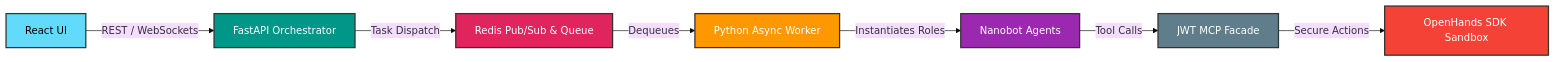
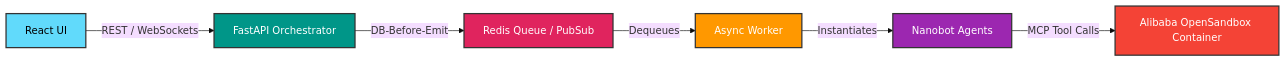
The diagram in README.md (hieuit095/zero-code), drawn with Mermaid (base theme) before and after one commit. The commit also changed other lines of this file, not shown here.

````diff
--- a/README.md
+++ b/README.md
@@ -72,25 +58,22 @@
 ```mermaid
 flowchart LR
     A[React UI] -->|REST / WebSockets| B[FastAPI Orchestrator]
-    B -->|Task Dispatch| C[Redis Pub/Sub & Queue]
-    C -->|Dequeues| D[Python Async Worker]
-    D -->|Instantiates Roles| E[Nanobot Agents]
-    E -->|Tool Calls| F[JWT MCP Facade]
-    F -->|Secure Actions| G[OpenHands SDK Sandbox]
+    B -->|DB-Before-Emit| C[Redis Queue / PubSub]
+    C -->|Dequeues| D[Async Worker]
+    D -->|Instantiates| E[Nanobot Agents]
+    E -->|MCP Tool Calls| F[Alibaba OpenSandbox Container]
 
     classDef ui fill:#61dafb,stroke:#333,stroke-width:2px,color:#000;
     classDef api fill:#009688,stroke:#333,stroke-width:2px,color:#fff;
     classDef queue fill:#e0245e,stroke:#333,stroke-width:2px,color:#fff;
     classDef worker fill:#ff9800,stroke:#333,stroke-width:2px,color:#fff;
     classDef brain fill:#9c27b0,stroke:#333,stroke-width:2px,color:#fff;
-    classDef mcp fill:#607d8b,stroke:#333,stroke-width:2px,color:#fff;
     classDef sandbox fill:#f44336,stroke:#333,stroke-width:2px,color:#fff;
 
     class A ui;
     class B api;
     class C queue;
     class D worker;
     class E brain;
-    class F mcp;
-    class G sandbox;
+    class F sandbox;
 ```
````
